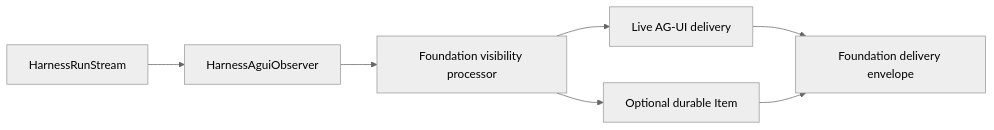
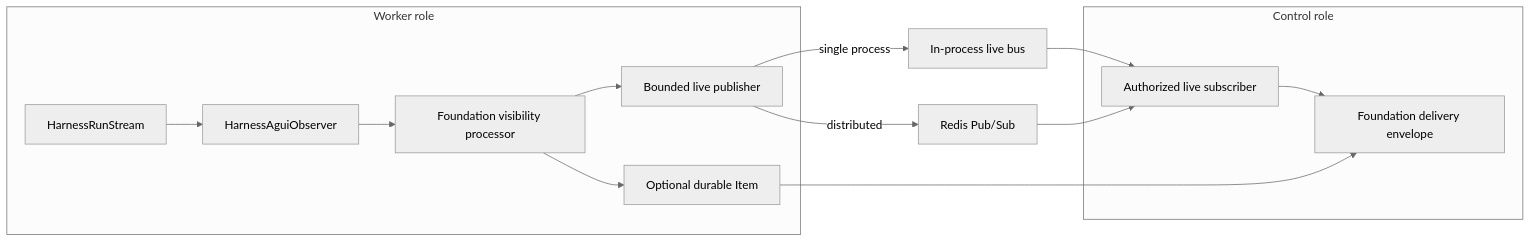
Before and after one commit to converge-ai-labs/agent-foundation: the diagram in spec/foundation-service/17-events-usage-and-delivery.md, drawn with Mermaid (neutral theme). The commit also changed other lines of this file and 8 other files, not shown here.

````diff
--- a/spec/foundation-service/17-events-usage-and-delivery.md
+++ b/spec/foundation-service/17-events-usage-and-delivery.md
@@ -23,13 +23,26 @@
 ```mermaid
 flowchart LR
-    Harness[HarnessRunStream]
-    Observer[HarnessAguiObserver]
-    Processor[Foundation visibility processor]
-    Live[Live AG-UI delivery]
-    Item[Optional durable Item]
-    Envelope[Foundation delivery envelope]
+    subgraph Worker[Worker role]
+        Harness[HarnessRunStream]
+        Observer[HarnessAguiObserver]
+        Processor[Foundation visibility processor]
+        LivePublisher[Bounded live publisher]
+        Item[Optional durable Item]
+        Harness --> Observer --> Processor
+        Processor --> LivePublisher
+        Processor --> Item
+    end
 
-    Harness --> Observer --> Processor
-    Processor --> Live --> Envelope
-    Processor --> Item --> Envelope
+    InProcess[In-process live bus]
+    Redis[Redis Pub/Sub]
+
+    subgraph Control[Control role]
+        LiveSubscriber[Authorized live subscriber]
+        Envelope[Foundation delivery envelope]
+        LiveSubscriber --> Envelope
+    end
+
+    LivePublisher -->|single process| InProcess --> LiveSubscriber
+    LivePublisher -->|distributed| Redis --> LiveSubscriber
+    Item --> Envelope
 ```
````
